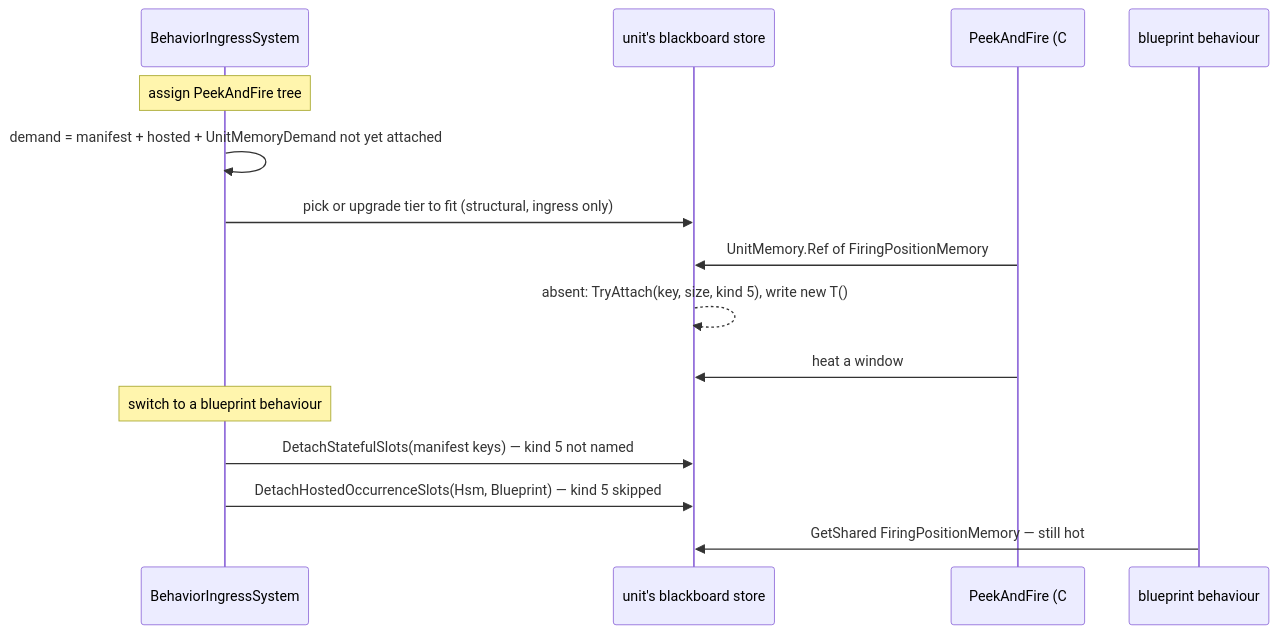
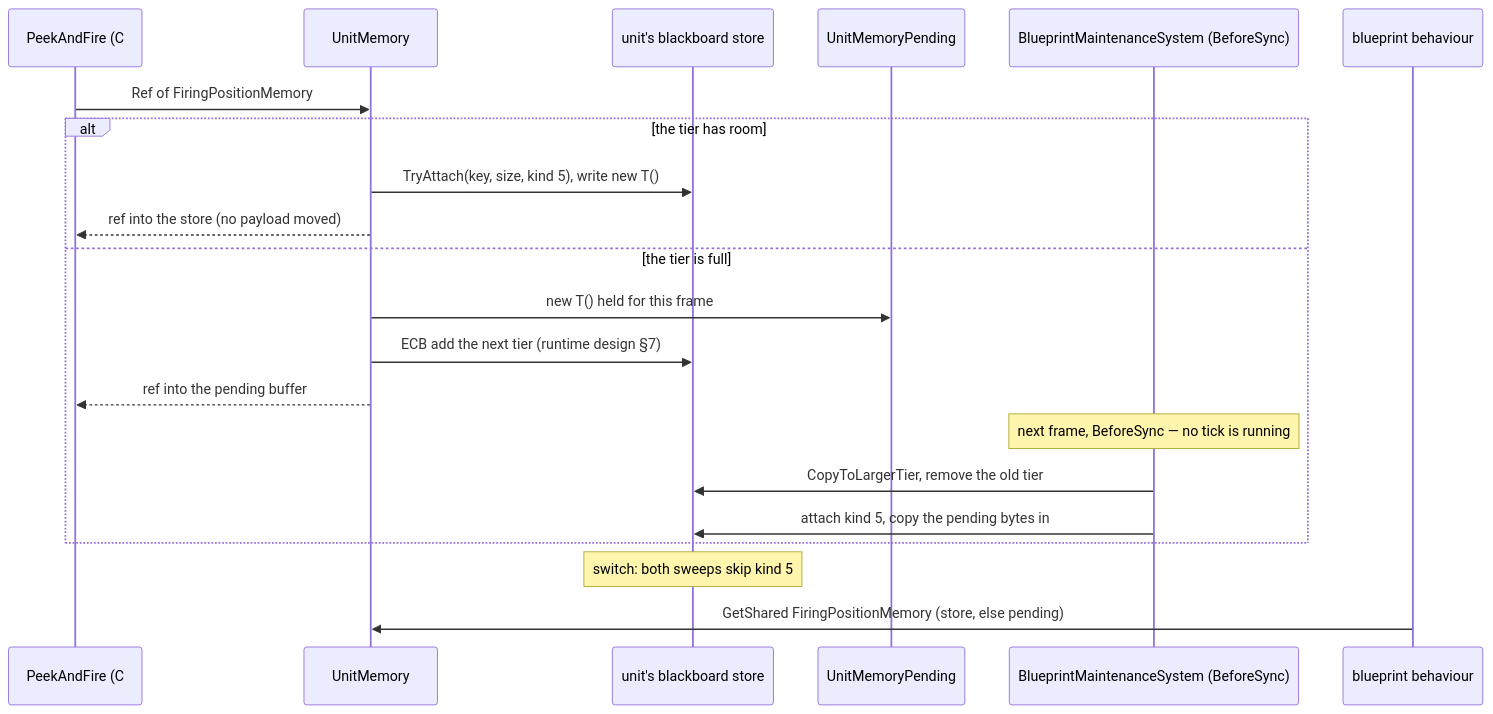
Before and after one commit to pjanec/HROT: the second of 3 diagrams in docs/blueprints/Architect_Question_87_Unit_Memory.md, drawn with Mermaid. The commit also changed other lines of this file and 2 other files, not shown here.

First line of the commit message:
CE-3137 design: Q87 revised — fully lazy unit memory, two blueprint nodes, why a tier cannot change mid-tick

````diff
--- a/docs/blueprints/Architect_Question_87_Unit_Memory.md
+++ b/docs/blueprints/Architect_Question_87_Unit_Memory.md
@@ -102,17 +107,23 @@
 ```mermaid
 sequenceDiagram
-  participant Ing as BehaviorIngressSystem
+  participant PF as PeekAndFire (C#, Simulation)
+  participant UM as UnitMemory
   participant Store as unit's blackboard store
-  participant PF as PeekAndFire (C#)
+  participant Pend as UnitMemoryPending
+  participant MS as BlueprintMaintenanceSystem (BeforeSync)
   participant BP as blueprint behaviour
-  Note over Ing: assign PeekAndFire tree
-  Ing->>Ing: demand = manifest + hosted + UnitMemoryDemand not yet attached
-  Ing->>Store: pick or upgrade tier to fit (structural, ingress only)
-  PF->>Store: UnitMemory.Ref of FiringPositionMemory
-  Store-->>Store: absent: TryAttach(key, size, kind 5), write new T()
-  PF->>Store: heat a window
-  Note over Ing: switch to a blueprint behaviour
-  Ing->>Store: DetachStatefulSlots(manifest keys) — kind 5 not named
-  Ing->>Store: DetachHostedOccurrenceSlots(Hsm, Blueprint) — kind 5 skipped
-  BP->>Store: GetShared FiringPositionMemory — still hot
+  PF->>UM: Ref of FiringPositionMemory
+  alt the tier has room
+    UM->>Store: TryAttach(key, size, kind 5), write new T()
+    UM-->>PF: ref into the store (no payload moved)
+  else the tier is full
+    UM->>Pend: new T() held for this frame
+    UM->>Store: ECB add the next tier (runtime design §7)
+    UM-->>PF: ref into the pending buffer
+    Note over MS: next frame, BeforeSync — no tick is running
+    MS->>Store: CopyToLargerTier, remove the old tier
+    MS->>Store: attach kind 5, copy the pending bytes in
+  end
+  Note over Store: switch: both sweeps skip kind 5
+  BP->>UM: GetShared FiringPositionMemory (store, else pending)
 ```
````
